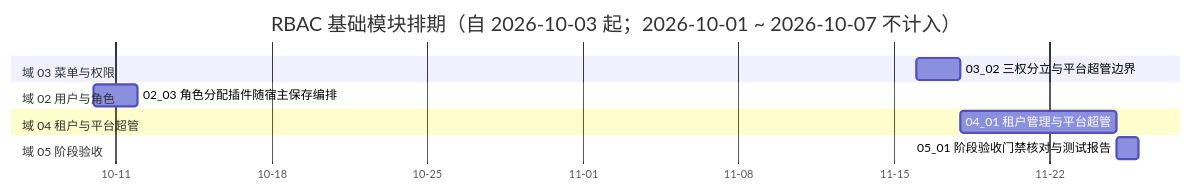
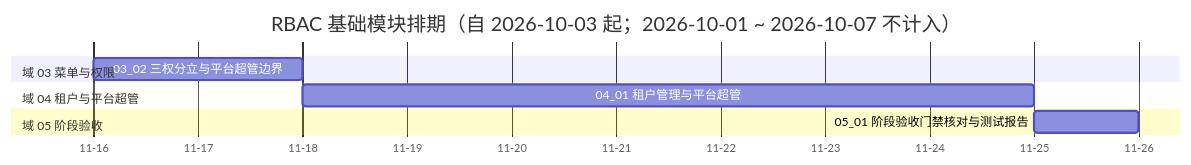
Before and after one commit to minjian123/basic-management-system: the diagram in bms文档/项目/07_RBAC基础模块/计划/01_计划_RBAC基础模块.md, drawn with Mermaid. The commit also changed other lines of this file and 10 other files, not shown here.

````diff
--- a/bms文档/项目/07_RBAC基础模块/计划/01_计划_RBAC基础模块.md
+++ b/bms文档/项目/07_RBAC基础模块/计划/01_计划_RBAC基础模块.md
@@ -56,15 +56,14 @@
 ```mermaid
 gantt
     title RBAC 基础模块排期（自 2026-10-03 起；2026-10-01 ~ 2026-10-07 不计入）
     dateFormat  YYYY-MM-DD
     axisFormat %m-%d
     section 域 01 插件化挂接
     section 域 03 菜单与权限
     03_02 三权分立与平台超管边界 :a0302, 2026-11-16, 2d
     section 域 02 用户与角色
-    02_03 角色分配插件随宿主保存编排 :a0203b, 2026-10-10, 2d
     section 域 04 租户与平台超管
     04_01 租户管理与平台超管 :a0401, 2026-11-18, 7d
     section 域 05 阶段验收
     05_01 阶段验收门禁核对与测试报告 :a0501, 2026-11-25, 1d
 ```
````
